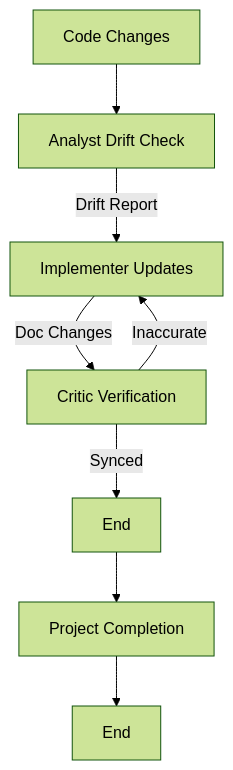
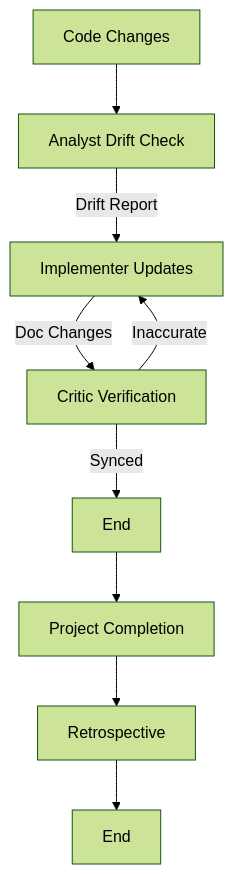
The diagram in custom-agents/workflows/documentation/DocumentationSync.workflow.md (seanspiesman/Agents-and-Workflows), drawn with Mermaid (forest theme) before and after one commit. The commit also changed other lines of this file and 38 other files, not shown here.

````diff
--- a/custom-agents/workflows/documentation/DocumentationSync.workflow.md
+++ b/custom-agents/workflows/documentation/DocumentationSync.workflow.md
@@ -66,10 +75,11 @@
 ```mermaid
 flowchart TD
     A[Code Changes] --> B[Analyst Drift Check]
     B -->|Drift Report| C[Implementer Updates]
     C -->|Doc Changes| D[Critic Verification]
     D -->|Inaccurate| C
     D -->|Synced| E[End]
     E --> F[Project Completion]
-    F --> G[End]
+    F --> H[Retrospective]
+    H --> G[End]
 ```
````
